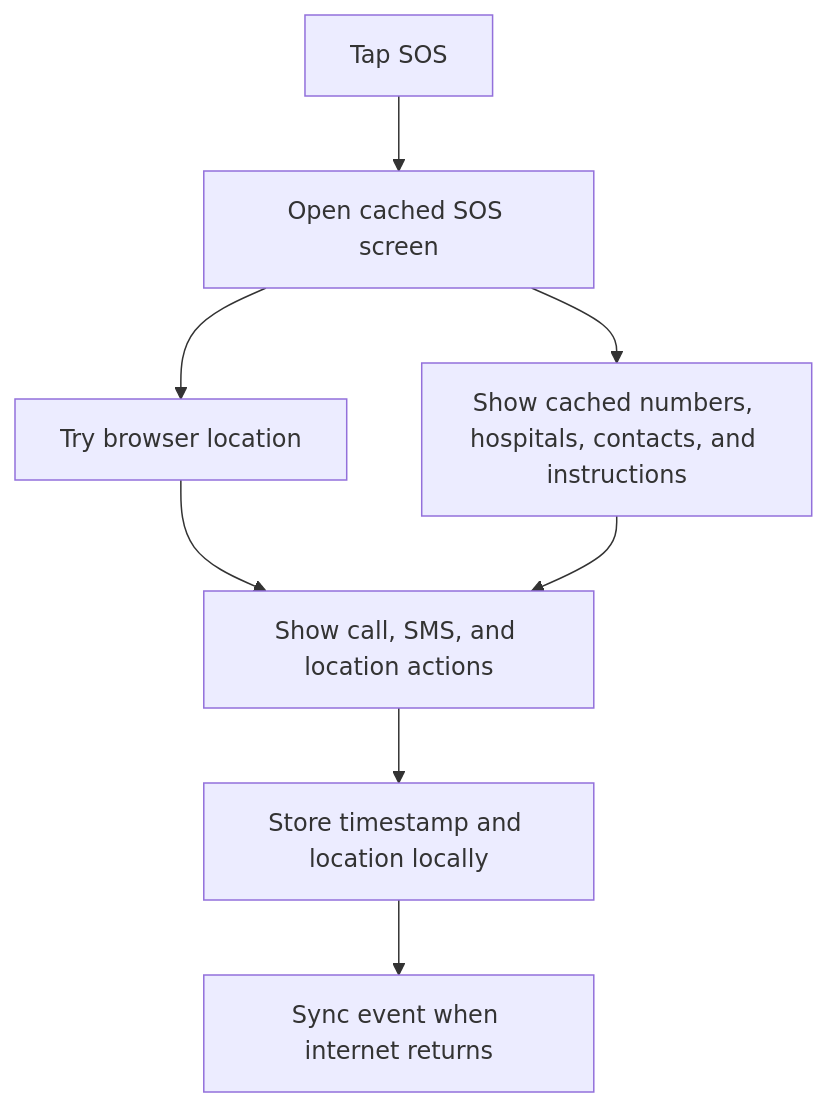
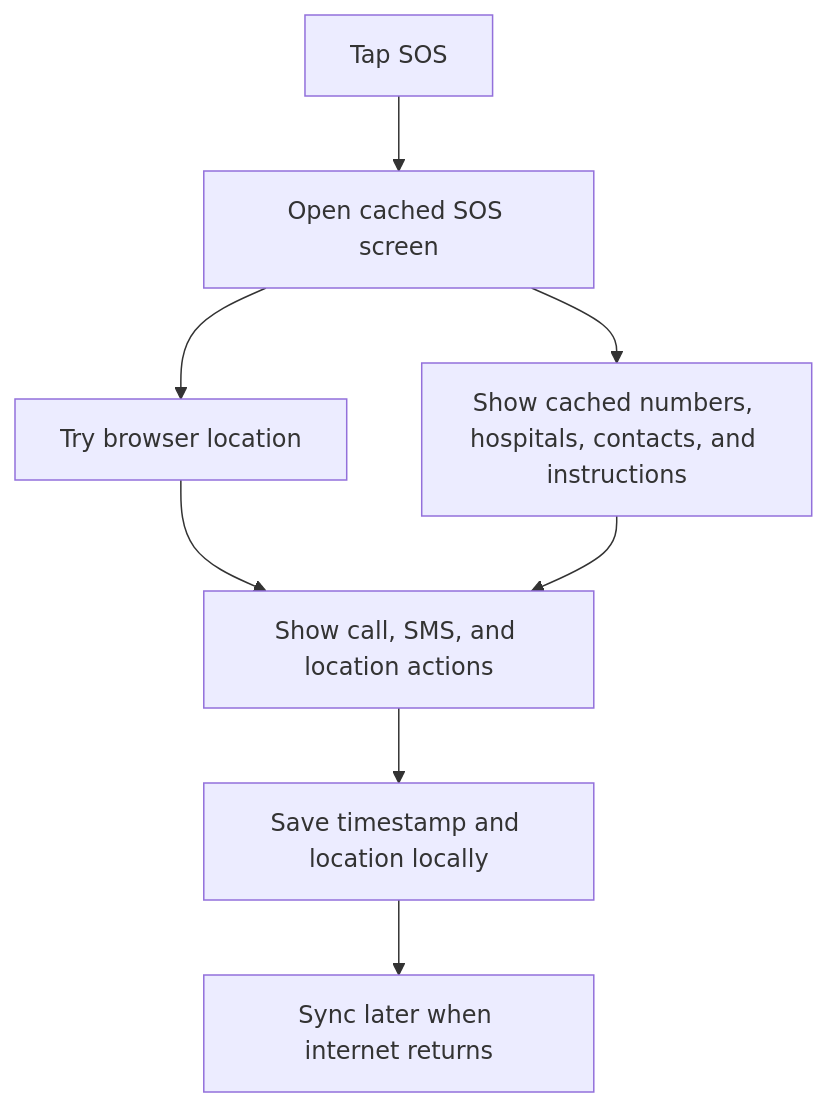
Before and after one commit to Saroj00007/yatra_ai: the third of 3 diagrams in docs/architecture.md, drawn with Mermaid. The commit also changed other lines of this file and 1 other file, not shown here.

````diff
--- a/docs/architecture.md
+++ b/docs/architecture.md
@@ -185,10 +172,10 @@
 ```mermaid
 flowchart TD
     Open[Tap SOS] --> Screen[Open cached SOS screen]
     Screen --> Info[Show cached numbers, hospitals, contacts, and instructions]
     Screen --> GPS[Try browser location]
     GPS --> Actions[Show call, SMS, and location actions]
     Info --> Actions
-    Actions --> Local[Store timestamp and location locally]
-    Local --> Sync[Sync event when internet returns]
+    Actions --> Local[Save timestamp and location locally]
+    Local --> Sync[Sync later when internet returns]
 ```
````
